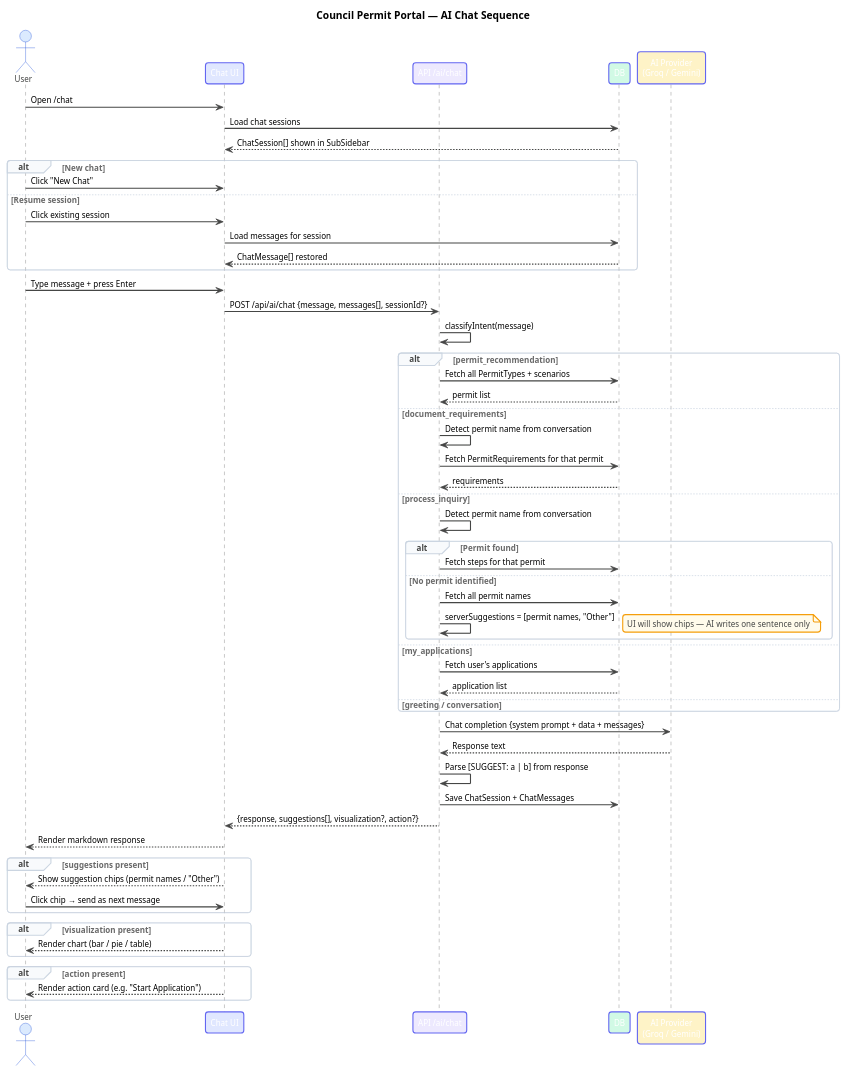
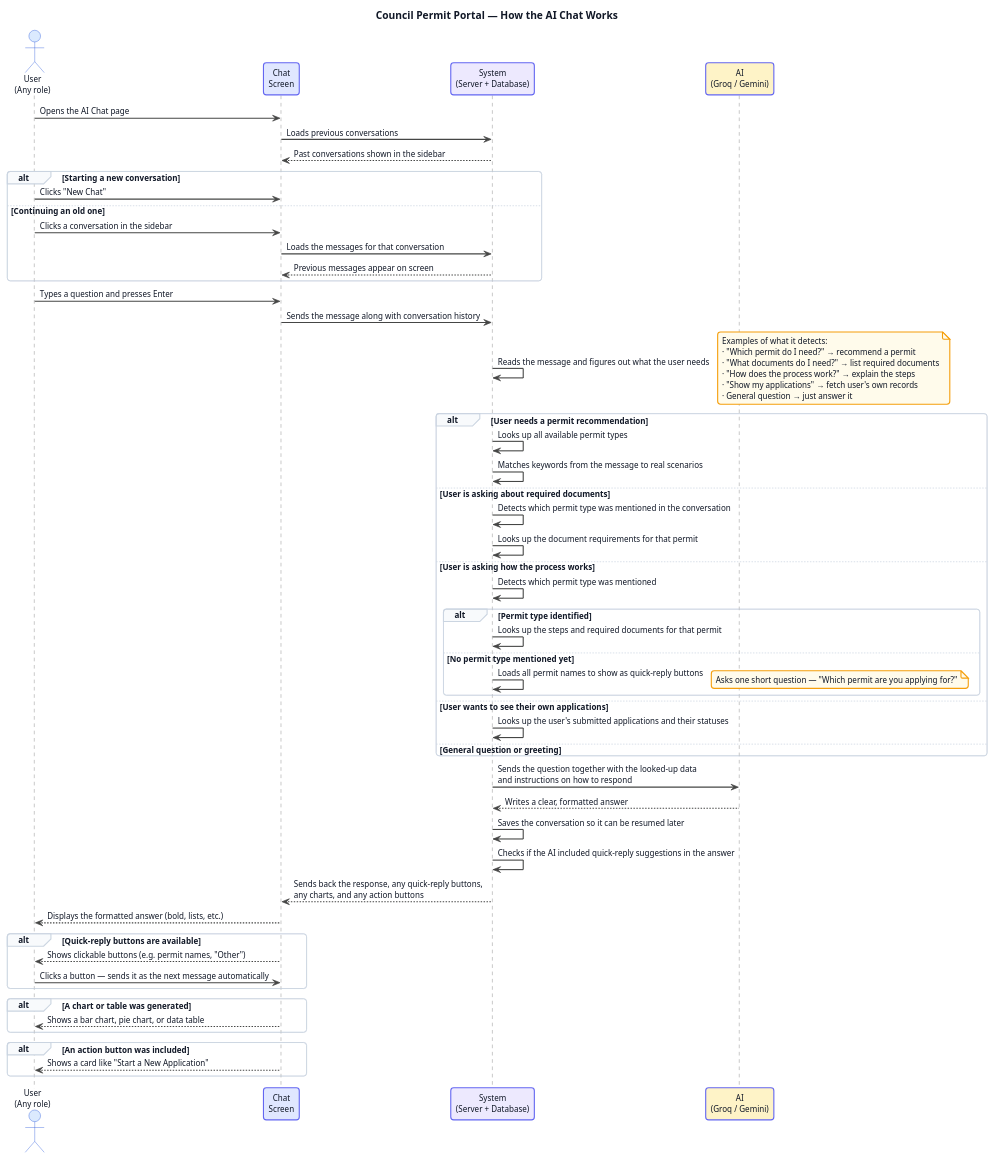
One commit to DANHIKA/council changed the diagram in diagrams/sequence-ai-chat.puml. Above: the diagram before and after it, drawn with PlantUML. The commit also changed 5 other files, not shown here.

Commit message:
update diagrams

```diff
--- a/diagrams/sequence-ai-chat.puml
+++ b/diagrams/sequence-ai-chat.puml
@@ -1,95 +1,107 @@
 @startuml sequence-ai-chat
 !theme vibrant
 skinparam sequenceArrowThickness 1.5
 skinparam roundcorner 8
 skinparam participantBackgroundColor #EEF2FF
 skinparam participantBorderColor #6366F1
 skinparam actorBackgroundColor #DBEAFE
 skinparam actorBorderColor #1D4ED8
 skinparam sequenceGroupBackgroundColor #F8FAFC
 skinparam sequenceGroupBorderColor #CBD5E1
 skinparam noteBackgroundColor #FFFBEB
 skinparam noteBorderColor #F59E0B
 skinparam defaultFontName Segoe UI
 skinparam defaultFontSize 11
+skinparam defaultFontColor #111827
 skinparam shadowing false
+skinparam sequenceParticipantFontColor #111827
+skinparam sequenceActorFontColor #111827
+skinparam sequenceMessageFontColor #111827
+skinparam sequenceGroupFontColor #111827
+skinparam noteFontColor #111827
 
-title Council Permit Portal — AI Chat Sequence
+title Council Permit Portal — How the AI Chat Works
 
-actor User as U #DBEAFE
-participant "Chat UI" as UI #E0E7FF
-participant "API /ai/chat" as API #EDE9FE
-participant "DB"          as DB #D1FAE5
-participant "AI Provider\n(Groq / Gemini)" as AI #FEF3C7
+actor "User\n(Any role)" as U #DBEAFE
+participant "Chat\nScreen"      as UI #E0E7FF
+participant "System\n(Server + Database)" as SYS #EDE9FE
+participant "AI\n(Groq / Gemini)" as AI #FEF3C7
 
-' ─── SESSION LOAD ────────────────────────────────────────────
-U -> UI  : Open /chat
-UI -> DB : Load chat sessions
-DB --> UI : ChatSession[] shown in SubSidebar
+' ─── OPEN CHAT ───────────────────────────────────────────────
+U -> UI  : Opens the AI Chat page
+UI -> SYS : Loads previous conversations
+SYS --> UI : Past conversations shown in the sidebar
 
-alt New chat
-  U -> UI : Click "New Chat"
-else Resume session
-  U -> UI : Click existing session
-  UI -> DB : Load messages for session
-  DB --> UI : ChatMessage[] restored
+alt Starting a new conversation
+  U -> UI : Clicks "New Chat"
+else Continuing an old one
+  U -> UI : Clicks a conversation in the sidebar
+  UI -> SYS : Loads the messages for that conversation
+  SYS --> UI : Previous messages appear on screen
 end
 
-' ─── SEND MESSAGE ────────────────────────────────────────────
-U -> UI  : Type message + press Enter
-UI -> API : POST /api/ai/chat {message, messages[], sessionId?}
+' ─── SEND A MESSAGE ──────────────────────────────────────────
+U -> UI  : Types a question and presses Enter
+UI -> SYS : Sends the message along with conversation history
 
-API -> API : classifyIntent(message)
+SYS -> SYS : Reads the message and figures out what the user needs
+note right
+  Examples of what it detects:
+  · "Which permit do I need?" → recommend a permit
+  · "What documents do I need?" → list required documents
+  · "How does the process work?" → explain the steps
+  · "Show my applications" → fetch user's own records
+  · General question → just answer it
+end note
 
-alt permit_recommendation
-  API -> DB : Fetch all PermitTypes + scenarios
-  DB --> API : permit list
+' ─── LOOK UP THE RIGHT INFORMATION ──────────────────────────
+alt User needs a permit recommendation
+  SYS -> SYS : Looks up all available permit types
+  SYS -> SYS : Matches keywords from the message to real scenarios
 
-else document_requirements
-  API -> API : Detect permit name from conversation
-  API -> DB  : Fetch PermitRequirements for that permit
-  DB --> API : requirements
+else User is asking about required documents
+  SYS -> SYS : Detects which permit type was mentioned in the conversation
+  SYS -> SYS : Looks up the document requirements for that permit
 
-else process_inquiry
-  API -> API : Detect permit name from conversation
-  alt Permit found
-    API -> DB : Fetch steps for that permit
-  else No permit identified
-    API -> DB : Fetch all permit names
-    API -> API : serverSuggestions = [permit names, "Other"]
-    note right: UI will show chips — AI writes one sentence only
+else User is asking how the process works
+  SYS -> SYS : Detects which permit type was mentioned
+  alt Permit type identified
+    SYS -> SYS : Looks up the steps and required documents for that permit
+  else No permit type mentioned yet
+    SYS -> SYS : Loads all permit names to show as quick-reply buttons
+    note right: Asks one short question — "Which permit are you applying for?"
   end
 
-else my_applications
-  API -> DB : Fetch user's applications
-  DB --> API : application list
+else User wants to see their own applications
+  SYS -> SYS : Looks up the user's submitted applications and their statuses
 
-else greeting / conversation
-  note right: No DB fetch
+else General question or greeting
+  note right: No data lookup needed — AI answers directly
 end
 
-API -> AI  : Chat completion {system prompt + data + messages}
-AI --> API : Response text
+' ─── ASK THE AI ──────────────────────────────────────────────
+SYS -> AI  : Sends the question together with the looked-up data\nand instructions on how to respond
+AI --> SYS : Writes a clear, formatted answer
 
-API -> API : Parse [SUGGEST: a | b] from response
-API -> DB  : Save ChatSession + ChatMessages
+' ─── SAVE AND SEND BACK ──────────────────────────────────────
+SYS -> SYS : Saves the conversation so it can be resumed later
+SYS -> SYS : Checks if the AI included quick-reply suggestions in the answer
+SYS --> UI : Sends back the response, any quick-reply buttons,\nany charts, and any action buttons
 
-API --> UI : {response, suggestions[], visualization?, action?}
+' ─── SHOW THE ANSWER ─────────────────────────────────────────
+UI --> U : Displays the formatted answer (bold, lists, etc.)
 
-' ─── RENDER ─────────────────────────────────────────────────
-UI --> U : Render markdown response
-
-alt suggestions present
-  UI --> U : Show suggestion chips (permit names / "Other")
-  U -> UI  : Click chip → send as next message
+alt Quick-reply buttons are available
+  UI --> U : Shows clickable buttons (e.g. permit names, "Other")
+  U -> UI  : Clicks a button — sends it as the next message automatically
 end
 
-alt visualization present
-  UI --> U : Render chart (bar / pie / table)
+alt A chart or table was generated
+  UI --> U : Shows a bar chart, pie chart, or data table
 end
 
-alt action present
-  UI --> U : Render action card (e.g. "Start Application")
+alt An action button was included
+  UI --> U : Shows a card like "Start a New Application"
 end
 
 @enduml
```
